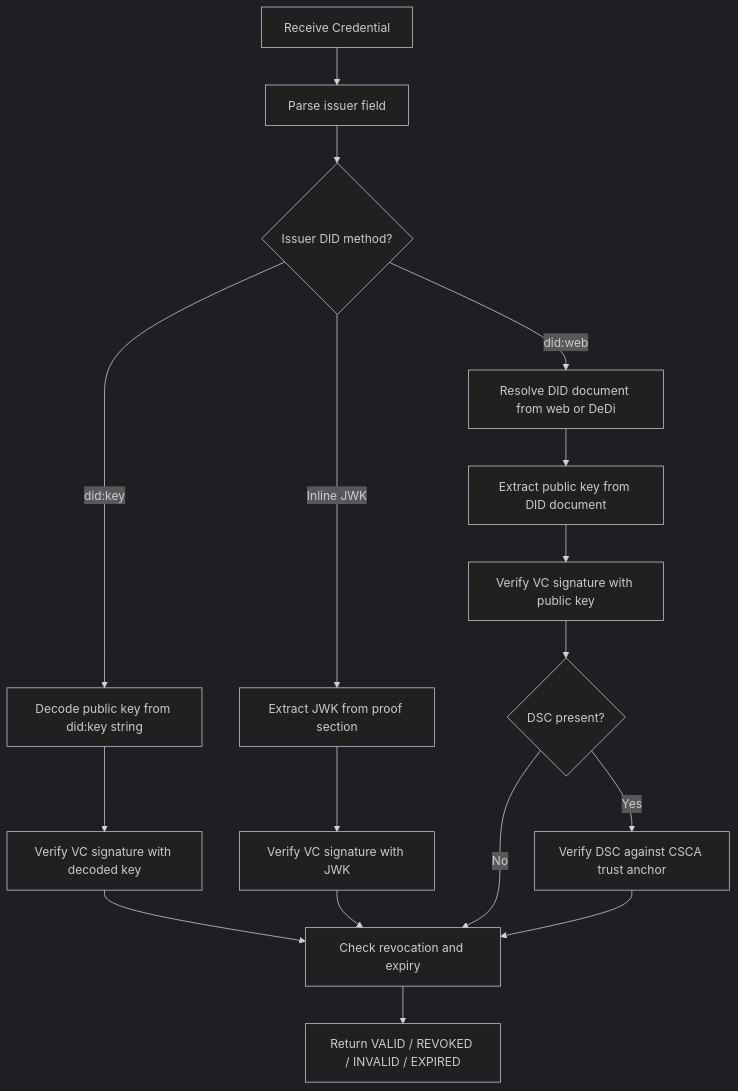
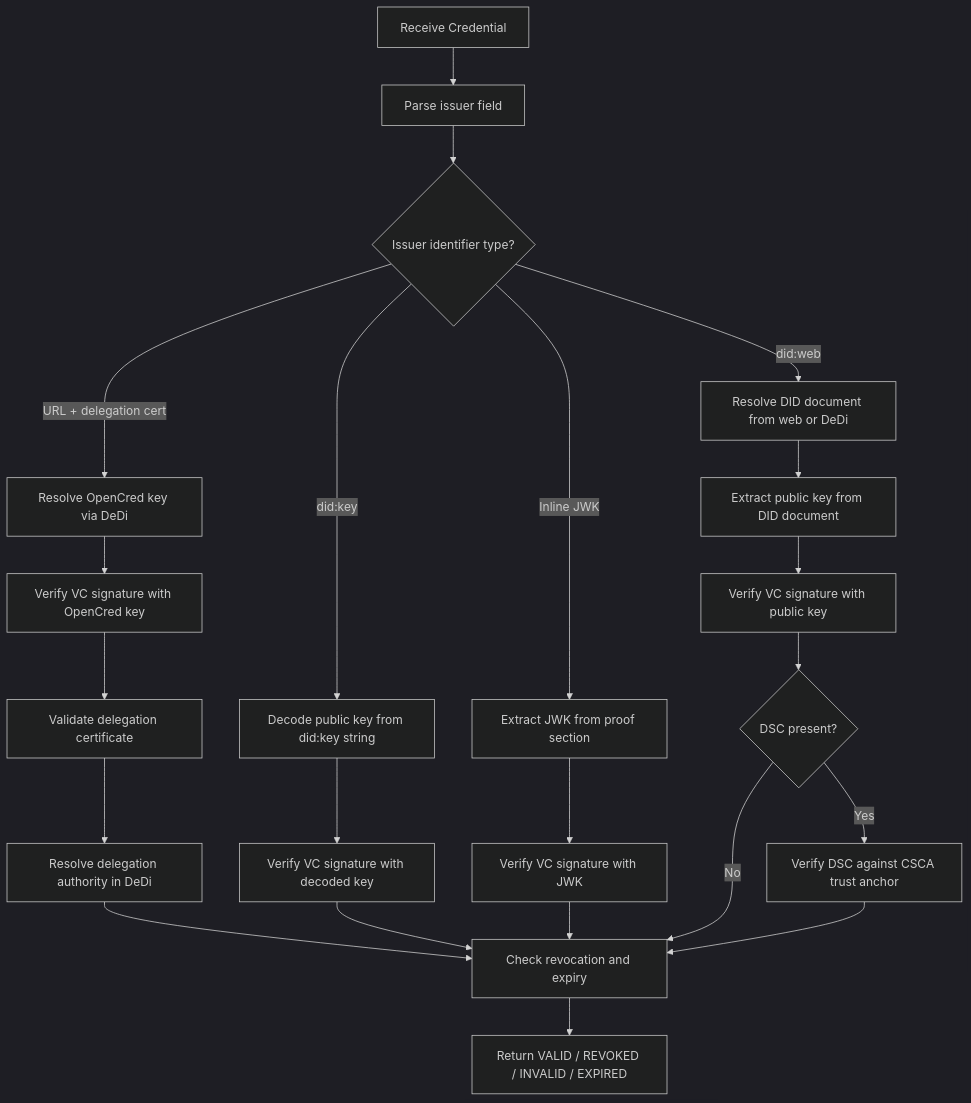
The sixth of 7 diagrams in OpenCred_PRD.md (nfh-trust-labs/opencred), drawn with Mermaid (dark theme) before and after one commit. The commit also changed other lines of this file, not shown here.

First line of the commit message:
Add bulk issuance, signing architecture, delegation verification, and access model to PRD

````diff
--- a/OpenCred_PRD.md
+++ b/OpenCred_PRD.md
@@ -616,25 +751,31 @@
 ```mermaid
 flowchart TD
     Start[Receive Credential] --> Parse[Parse issuer field]
-    Parse --> MethodCheck{Issuer DID method?}
+    Parse --> MethodCheck{Issuer identifier type?}
 
     MethodCheck -->|"did:web"| ResolveDID[Resolve DID document from web or DeDi]
     ResolveDID --> ExtractPubKey[Extract public key from DID document]
     ExtractPubKey --> VerifyVC_W[Verify VC signature with public key]
 
     MethodCheck -->|"did:key"| DecodeDIDKey[Decode public key from did:key string]
     DecodeDIDKey --> VerifyVC_K[Verify VC signature with decoded key]
 
     MethodCheck -->|"Inline JWK"| ExtractJWK[Extract JWK from proof section]
     ExtractJWK --> VerifyVC_J[Verify VC signature with JWK]
 
+    MethodCheck -->|"URL + delegation cert"| ResolveDelegation[Resolve OpenCred key via DeDi]
+    ResolveDelegation --> VerifyVC_D[Verify VC signature with OpenCred key]
+    VerifyVC_D --> ValidateDeleg[Validate delegation certificate]
+    ValidateDeleg --> CheckDelegAuth[Resolve delegation authority in DeDi]
+    CheckDelegAuth --> StatusCheck
+
     VerifyVC_W --> DSCCheck{DSC present?}
     VerifyVC_K --> StatusCheck[Check revocation and expiry]
     VerifyVC_J --> StatusCheck
 
     DSCCheck -->|Yes| VerifyDSC[Verify DSC against CSCA trust anchor]
     DSCCheck -->|No| StatusCheck
     VerifyDSC --> StatusCheck
 
     StatusCheck --> Result[Return VALID / REVOKED / INVALID / EXPIRED]
 ```
````
